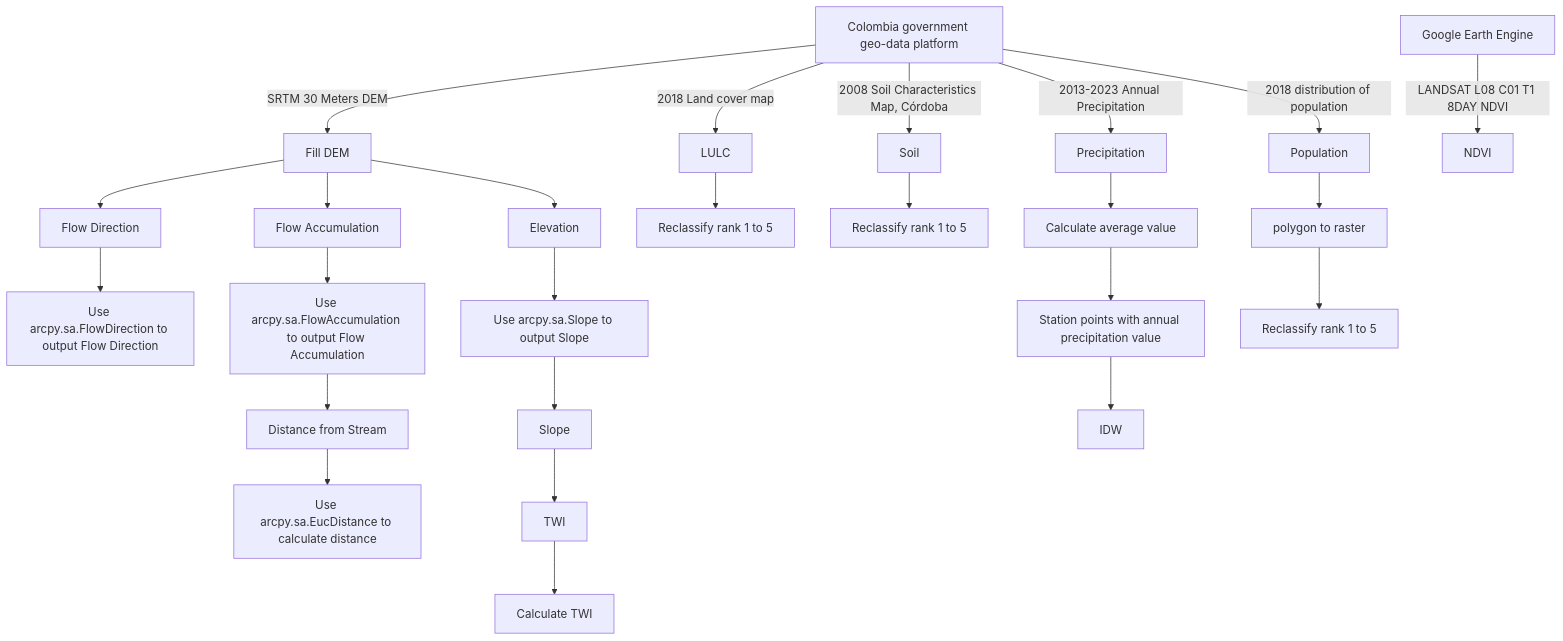
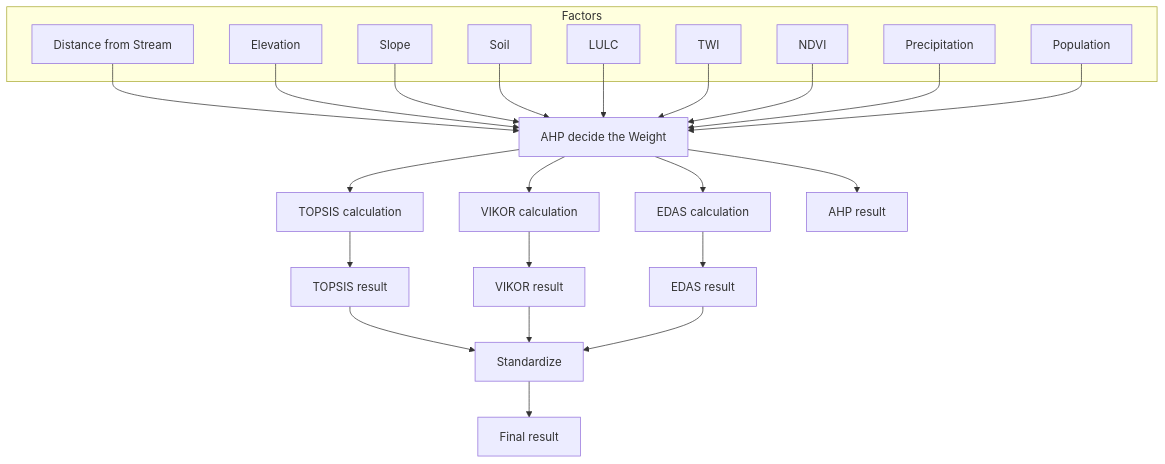
The diagram in README.md (TzuYu-Ma/Colombia-Flood-Assessment), drawn with Mermaid before and after one commit. The commit also changed other lines of this file and 1 other file, not shown here.

````diff
--- a/README.md
+++ b/README.md
@@ -17,33 +20,39 @@
 ```mermaid
-graph TB
-    A[Colombia government geo-data platform] -->|SRTM 30 Meters DEM| B[Fill DEM]
-    B --> C[Flow Direction]
-    B --> D[Flow Accumulation]
-    C --> E[Use arcpy.sa.FlowDirection to output Flow Direction]
-    D --> F[Use arcpy.sa.FlowAccumulation to output Flow Accumulation]
-    F --> G[Distance from Stream]
-    G --> H[Use arcpy.sa.EucDistance to calculate distance]
-    B --> I[Elevation]
-    I --> J[Use arcpy.sa.Slope to output Slope]
-    J --> K[Slope]
-    K --> L[TWI]
-    L --> M[Calculate TWI]
-    
-    A -->|2018 Land cover map| N[LULC]
-    N --> O[Reclassify rank 1 to 5]
+graph TD
+    subgraph Factors
+        A[Distance from Stream]
+        B[Elevation]
+        C[Slope]
+        D[Soil]
+        E[LULC]
+        F[TWI]
+        G[NDVI]
+        H[Precipitation]
+        I[Population]
+    end
 
-    A -->|2008 Soil Characteristics Map, Córdoba| P[Soil]
-    P --> Q[Reclassify rank 1 to 5]
-    
-    A -->|2013-2023 Annual Precipitation| R[Precipitation]
-    R --> S[Calculate average value]
-    S --> T[Station points with annual precipitation value]
-    T --> U[IDW]
+    A --> J[AHP decide the Weight]
+    B --> J
+    C --> J
+    D --> J
+    E --> J
+    F --> J
+    G --> J
+    H --> J
+    I --> J
 
-    A -->|2018 distribution of population| V[Population]
-    V --> W[polygon to raster]
-    W --> X[Reclassify rank 1 to 5]
+    J --> K[TOPSIS calculation]
+    J --> L[VIKOR calculation]
+    J --> M[EDAS calculation]
+    J --> N[AHP result]
 
-    Z[Google Earth Engine] -->|LANDSAT L08 C01 T1 8DAY NDVI| AA[NDVI]
+    K --> O[TOPSIS result]
+    L --> P[VIKOR result]
+    M --> Q[EDAS result]
 
+    O --> R[Standardize]
+    P --> R
+    Q --> R
+
+    R --> S[Final result]
 ```
````
